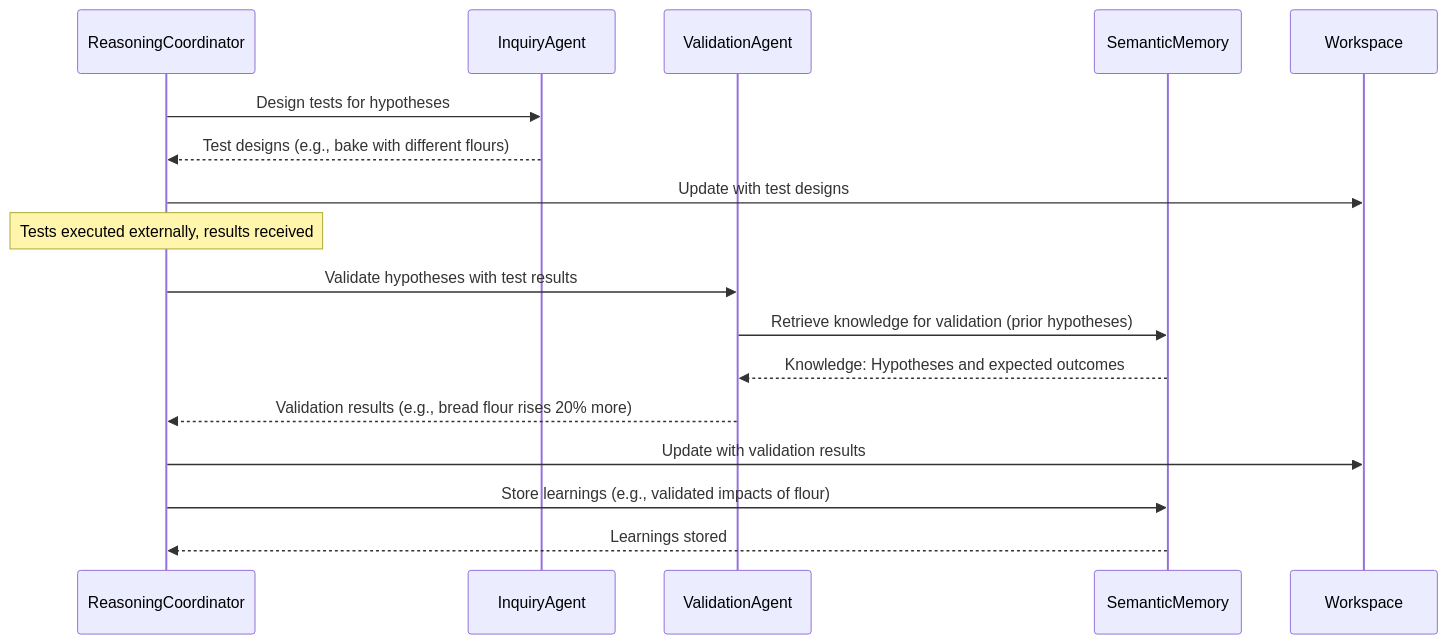
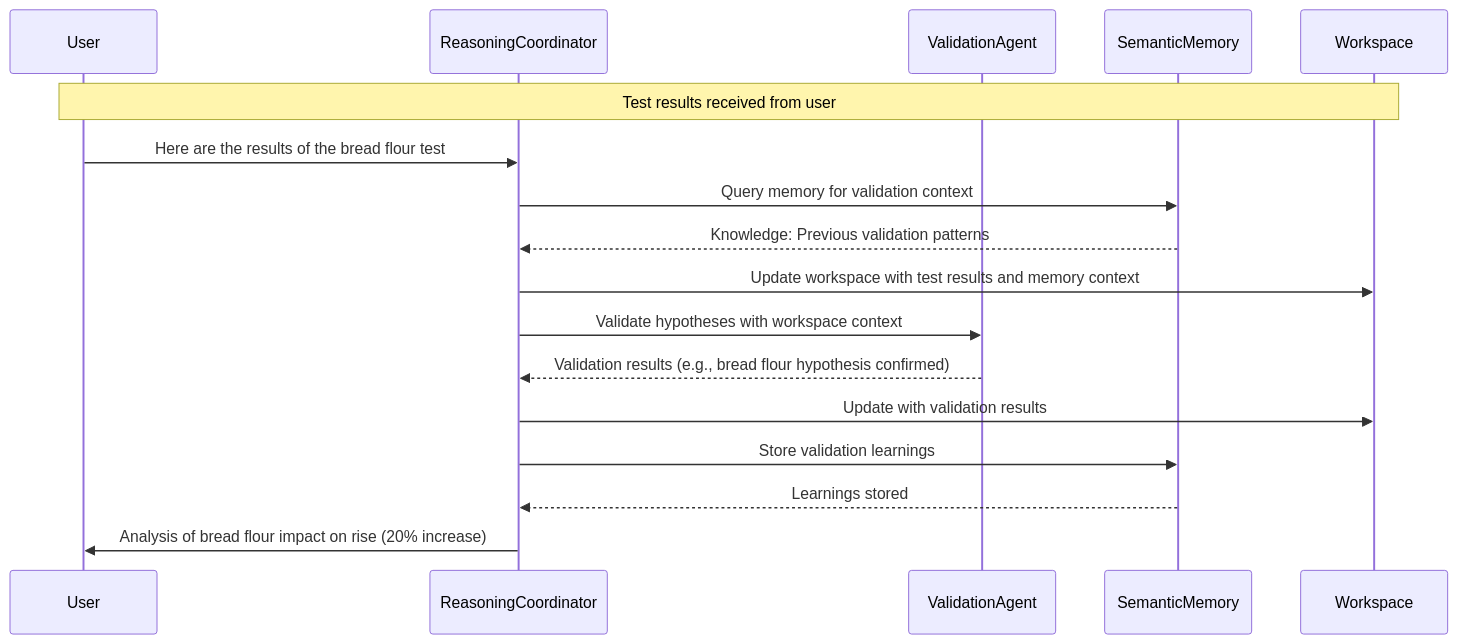
One commit to PacktPublishing/Engineering-Cognitive-AI-Agents changed the second of 2 diagrams in docs/book/ch05/chapter.md. Above: the diagram before and after it, drawn with Mermaid. The commit also changed other lines of this file and 1 other file, not shown here.

````diff
--- a/docs/book/ch05/chapter.md
+++ b/docs/book/ch05/chapter.md
@@ -233,20 +351,20 @@
 ```mermaid
 sequenceDiagram
+    participant User
     participant RC as ReasoningCoordinator
-    participant IA as InquiryAgent
     participant VA as ValidationAgent
     participant SM as SemanticMemory
     participant WS as Workspace
 
-    RC->>IA: Design tests for hypotheses
-    IA-->>RC: Test designs (e.g., bake with different flours)
-    RC->>WS: Update with test designs
-    Note over RC: Tests executed externally, results received
-    RC->>VA: Validate hypotheses with test results
-    VA->>SM: Retrieve knowledge for validation (prior hypotheses)
-    SM-->>VA: Knowledge: Hypotheses and expected outcomes
-    VA-->>RC: Validation results (e.g., bread flour rises 20% more)
+    Note over User,WS: Test results received from user
+    User->>RC: Here are the results of the bread flour test
+    RC->>SM: Query memory for validation context
+    SM-->>RC: Knowledge: Previous validation patterns
+    RC->>WS: Update workspace with test results and memory context
+    RC->>VA: Validate hypotheses with workspace context
+    VA-->>RC: Validation results (e.g., bread flour hypothesis confirmed)
     RC->>WS: Update with validation results
-    RC->>SM: Store learnings (e.g., validated impacts of flour)
+    RC->>SM: Store validation learnings
     SM-->>RC: Learnings stored
+    RC->>User: Analysis of bread flour impact on rise (20% increase)
 ```
````
